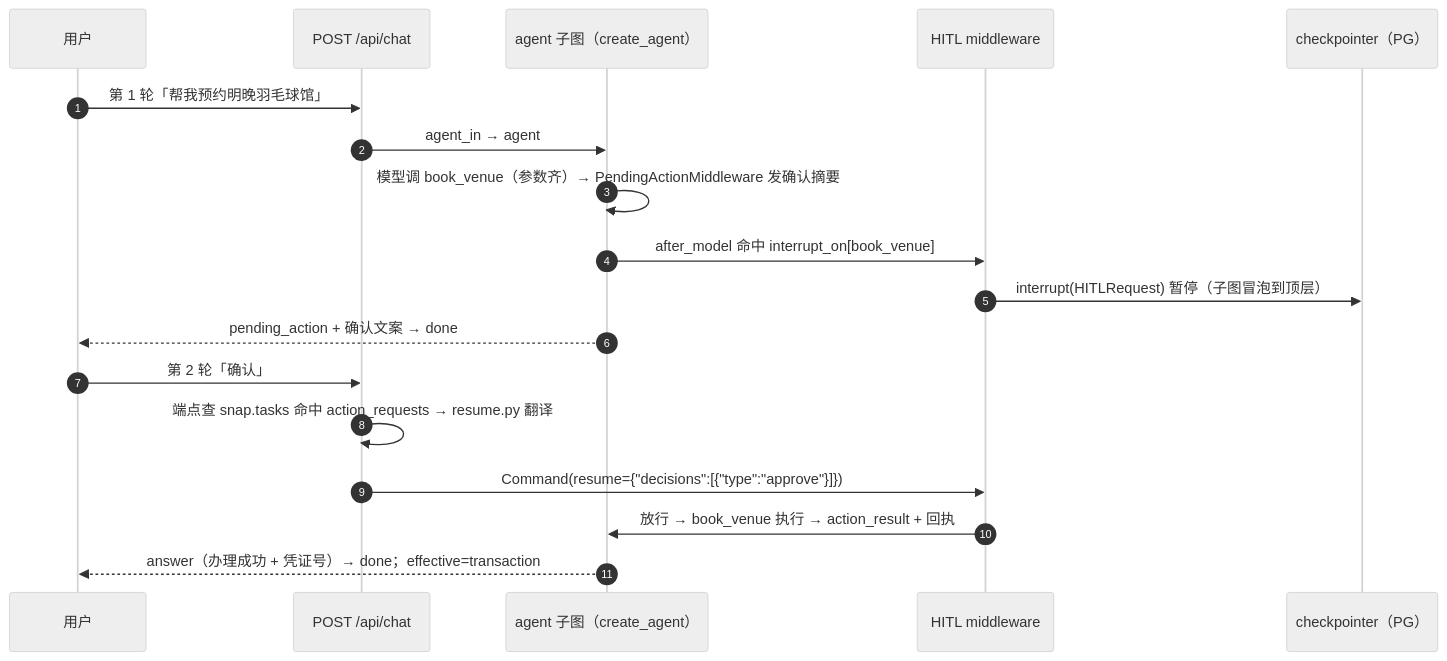
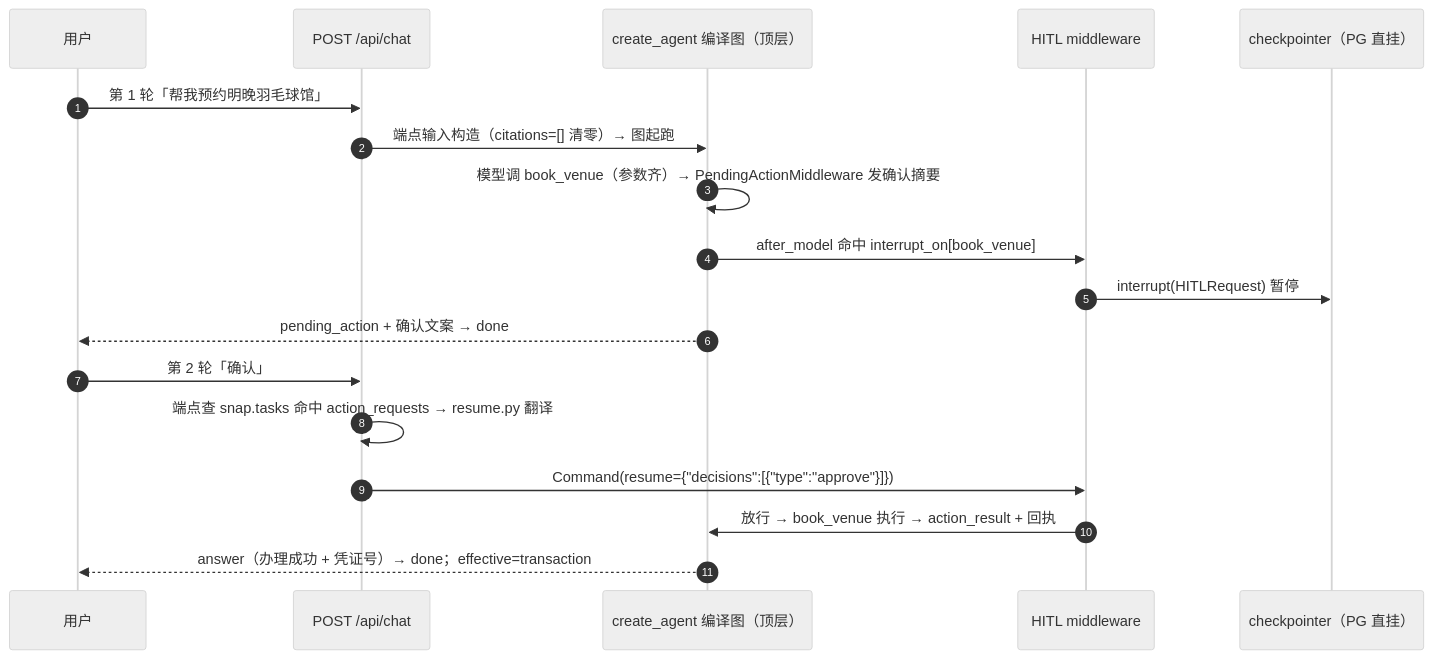
Before and after one commit to Thekshy/gewu: the second of 2 diagrams in docs/architecture/02-orchestration-graph.md, drawn with Mermaid (neutral theme). The commit also changed other lines of this file and 10 other files, not shown here.

````diff
--- a/docs/architecture/02-orchestration-graph.md
+++ b/docs/architecture/02-orchestration-graph.md
@@ -92,21 +62,21 @@
 ```mermaid
 sequenceDiagram
     autonumber
     participant U as 用户
     participant A as POST /api/chat
-    participant S as agent 子图（create_agent）
+    participant S as create_agent 编译图（顶层）
     participant H as HITL middleware
-    participant CP as checkpointer（PG）
+    participant CP as checkpointer（PG 直挂）
 
     U->>A: 第 1 轮「帮我预约明晚羽毛球馆」
-    A->>S: agent_in → agent
+    A->>S: 端点输入构造（citations=[] 清零）→ 图起跑
     S->>S: 模型调 book_venue（参数齐）→ PendingActionMiddleware 发确认摘要
     S->>H: after_model 命中 interrupt_on[book_venue]
-    H->>CP: interrupt(HITLRequest) 暂停（子图冒泡到顶层）
+    H->>CP: interrupt(HITLRequest) 暂停
     S-->>U: pending_action + 确认文案 → done
     U->>A: 第 2 轮「确认」
     A->>A: 端点查 snap.tasks 命中 action_requests → resume.py 翻译
     A->>H: Command(resume={"decisions":[{"type":"approve"}]})
     H->>S: 放行 → book_venue 执行 → action_result + 回执
     S-->>U: answer（办理成功 + 凭证号）→ done；effective=transaction
 ```
````
